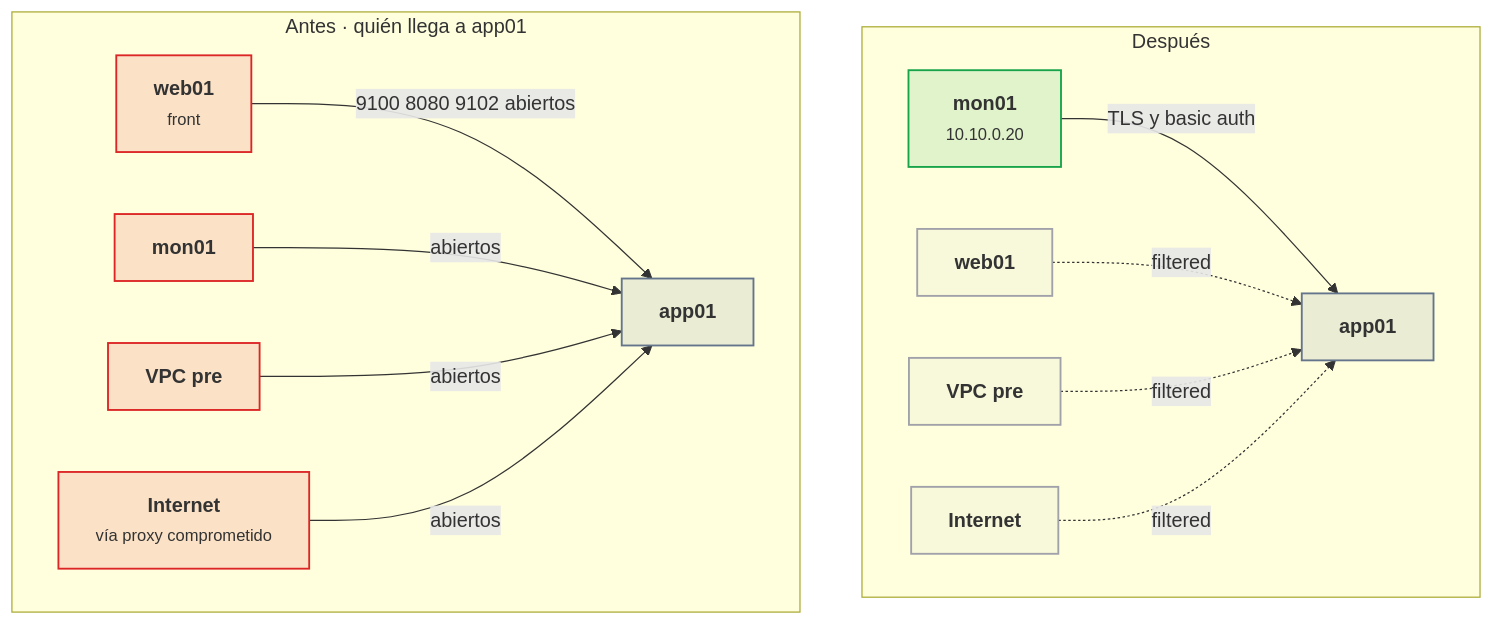
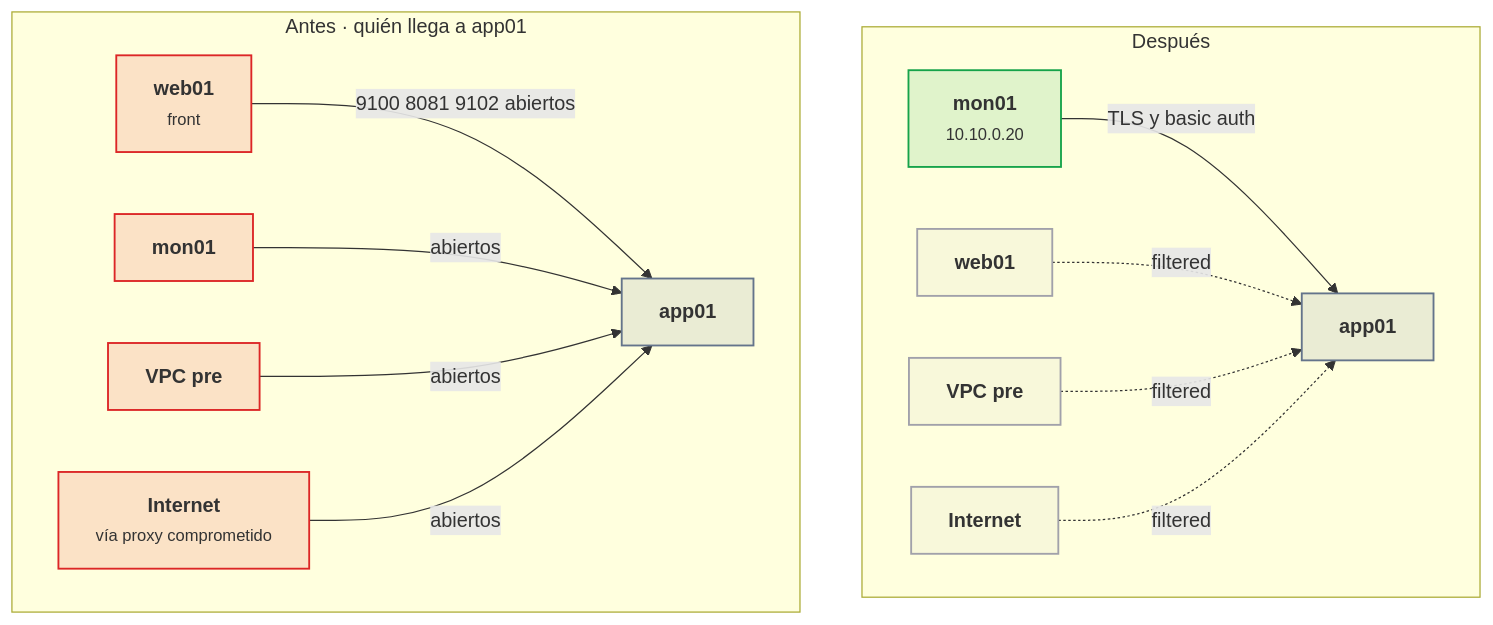
Before and after one commit to victor-educ/apuntes-5169: the second of 5 diagrams in docs/ut/ut3-seguridad-monitorizacion.md, drawn with Mermaid. The commit also changed other lines of this file and 16 other files, not shown here.

````diff
--- a/docs/ut/ut3-seguridad-monitorizacion.md
+++ b/docs/ut/ut3-seguridad-monitorizacion.md
@@ -221,34 +225,34 @@
 ```mermaid
 flowchart LR
     subgraph antes["Antes · quién llega a app01"]
         direction LR
         W1["<b>web01</b><br><small>front</small>"]:::riesgo
         M1["<b>mon01</b>"]:::riesgo
         P1["<b>VPC pre</b>"]:::riesgo
         I1["<b>Internet</b><br><small>vía proxy comprometido</small>"]:::riesgo
         A1["<b>app01</b>"]:::pieza
-        W1 -->|9100 8080 9102 abiertos| A1
+        W1 -->|9100 8081 9102 abiertos| A1
         M1 -->|abiertos| A1
         P1 -->|abiertos| A1
         I1 -->|abiertos| A1
     end
     subgraph despues["Después"]
         direction LR
         M2["<b>mon01</b><br><small>10.10.0.20</small>"]:::ok
         W2["<b>web01</b>"]:::infra
         P2["<b>VPC pre</b>"]:::infra
         I2["<b>Internet</b>"]:::infra
         A2["<b>app01</b>"]:::pieza
         M2 -->|TLS y basic auth| A2
         W2 -.->|filtered| A2
         P2 -.->|filtered| A2
         I2 -.->|filtered| A2
     end
     antes ~~~ despues
     classDef act fill:#ea580c22,stroke:#ea580c,stroke-width:1.5px
     classDef pieza fill:#64748b22,stroke:#64748b,stroke-width:1.5px
     classDef dato fill:#2563eb22,stroke:#2563eb,stroke-width:1.5px
     classDef infra fill:#a1a1aa14,stroke:#a1a1aa,stroke-width:1.5px
     classDef ok fill:#16a34a22,stroke:#16a34a,stroke-width:1.5px
     classDef riesgo fill:#dc262622,stroke:#dc2626,stroke-width:1.5px
 ```
````
